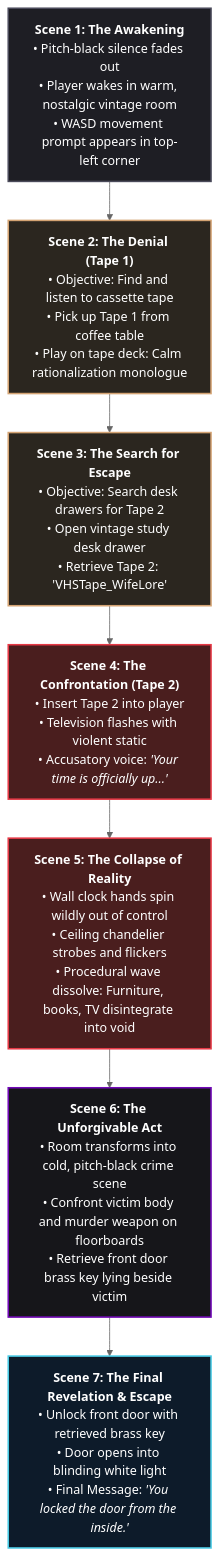
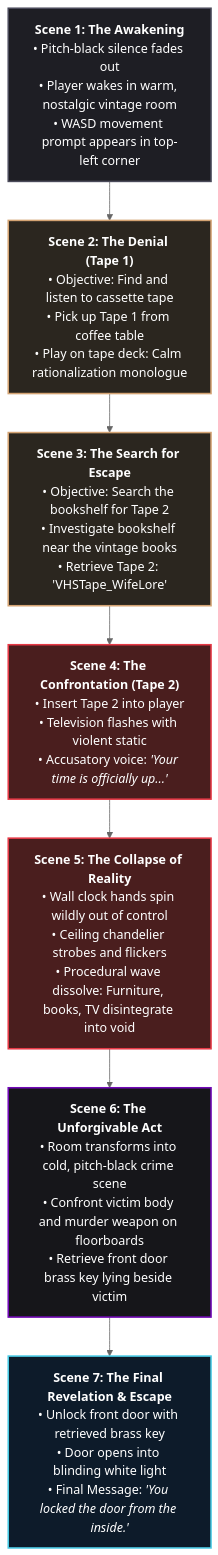
Before and after one commit to NiladriKrSahoo-dev/Buildathon-Genesis-IVWS: the diagram in B17-Room above/README.md, drawn with Mermaid (neutral theme). The commit also changed 8 other files, not shown here.

Commit message:
fix: Update Tape 2 objective, hints, and presentation script to bookshelf location

````diff
--- a/B17-Room above/README.md
+++ b/B17-Room above/README.md
@@ -62,22 +62,22 @@
 ```mermaid
 graph TD
     A["<b>Scene 1: The Awakening</b><br/>• Pitch-black silence fades out<br/>• Player wakes in warm, nostalgic vintage room<br/>• WASD movement prompt appears in top-left corner"] --> B["<b>Scene 2: The Denial (Tape 1)</b><br/>• Objective: Find and listen to cassette tape<br/>• Pick up Tape 1 from coffee table<br/>• Play on tape deck: Calm rationalization monologue"]
     
-    B --> C["<b>Scene 3: The Search for Escape</b><br/>• Objective: Search desk drawers for Tape 2<br/>• Open vintage study desk drawer<br/>• Retrieve Tape 2: 'VHSTape_WifeLore'"]
+    B --> C["<b>Scene 3: The Search for Escape</b><br/>• Objective: Search the bookshelf for Tape 2<br/>• Investigate bookshelf near the vintage books<br/>• Retrieve Tape 2: 'VHSTape_WifeLore'"]
     
     C --> D["<b>Scene 4: The Confrontation (Tape 2)</b><br/>• Insert Tape 2 into player<br/>• Television flashes with violent static<br/>• Accusatory voice: <i>'Your time is officially up...'</i>"]
     
     D --> E["<b>Scene 5: The Collapse of Reality</b><br/>• Wall clock hands spin wildly out of control<br/>• Ceiling chandelier strobes and flickers<br/>• Procedural wave dissolve: Furniture, books, TV disintegrate into void"]
     
     E --> F["<b>Scene 6: The Unforgivable Act</b><br/>• Room transforms into cold, pitch-black crime scene<br/>• Confront victim body and murder weapon on floorboards<br/>• Retrieve front door brass key lying beside victim"]
     
     F --> G["<b>Scene 7: The Final Revelation & Escape</b><br/>• Unlock front door with retrieved brass key<br/>• Door opens into blinding white light<br/>• Final Message: <i>'You locked the door from the inside.'</i>"]
 
     style A fill:#1e1e24,stroke:#4a4a5a,stroke-width:2px,color:#fff
     style B fill:#2b261f,stroke:#d4a373,stroke-width:2px,color:#fff
     style C fill:#2b261f,stroke:#d4a373,stroke-width:2px,color:#fff
     style D fill:#4a1e1e,stroke:#e63946,stroke-width:2px,color:#fff
     style E fill:#4a1e1e,stroke:#e63946,stroke-width:2px,color:#fff
     style F fill:#16161a,stroke:#7209b7,stroke-width:2px,color:#fff
     style G fill:#0d1b2a,stroke:#48cae4,stroke-width:2px,color:#fff
 ```
````
